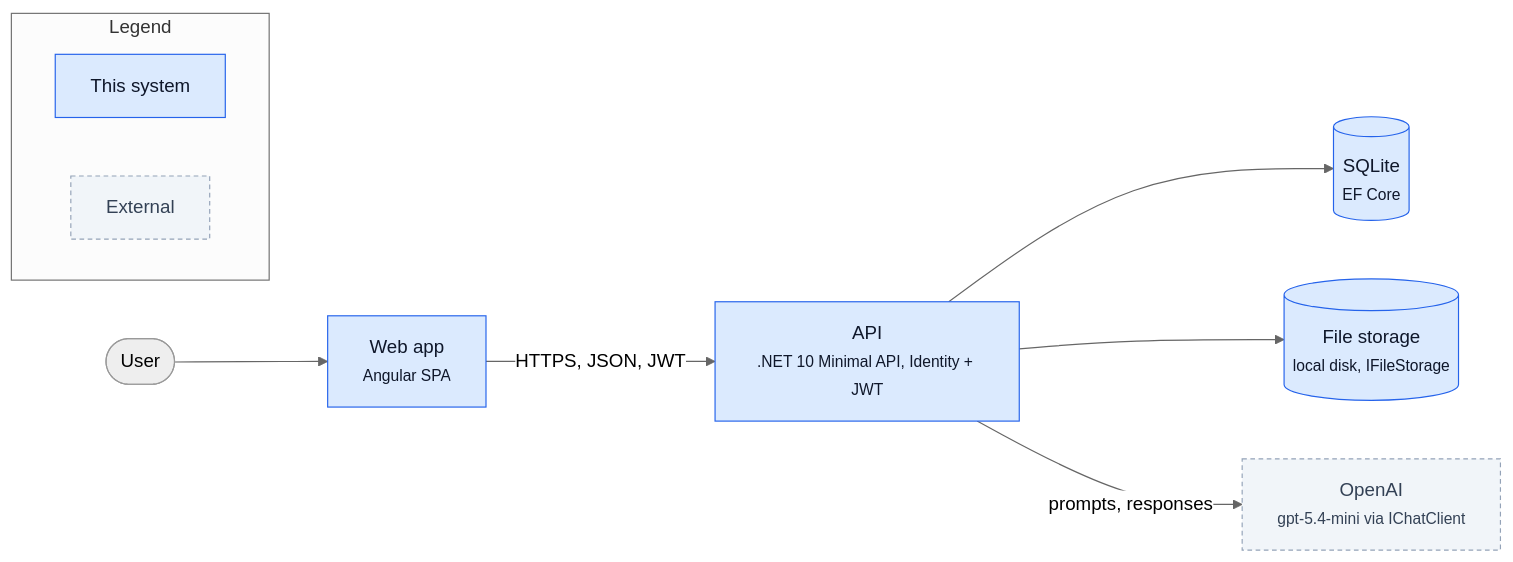
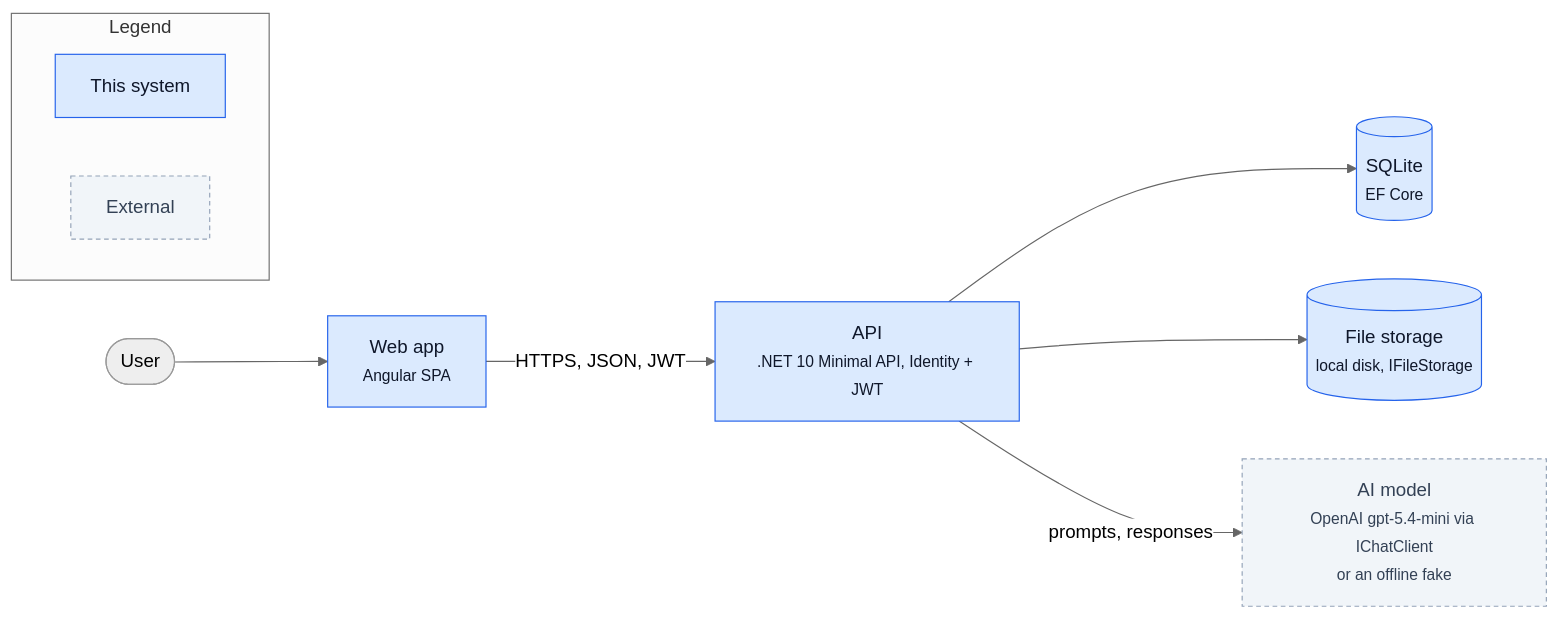
The diagram in docs/diagrams/containers.mmd (sushovan-code/Ai-Sdlc), drawn with Mermaid (neutral theme) before and after one commit. The commit also changed 113 other files, not shown here.

```diff
--- a/docs/diagrams/containers.mmd
+++ b/docs/diagrams/containers.mmd
@@ -1,24 +1,24 @@
 %% Container view. Claude rewrites this from the code via /update-diagrams.
 %% Accent (#2563EB) marks this system's own containers; grey is everything else.
 flowchart LR
   classDef ours fill:#DBEAFE,stroke:#2563EB,color:#0F172A
   classDef ext fill:#F1F5F9,stroke:#94A3B8,color:#334155,stroke-dasharray:4 3
 
   user([User])
   web[Web app<br/><small>Angular SPA</small>]:::ours
   api[API<br/><small>.NET 10 Minimal API, Identity + JWT</small>]:::ours
   db[(SQLite<br/><small>EF Core</small>)]:::ours
   files[(File storage<br/><small>local disk, IFileStorage</small>)]:::ours
-  ai[OpenAI<br/><small>gpt-5.4-mini via IChatClient</small>]:::ext
+  ai[AI model<br/><small>OpenAI gpt-5.4-mini via IChatClient<br/>or an offline fake</small>]:::ext
 
   user --> web
   web -->|HTTPS, JSON, JWT| api
   api --> db
   api --> files
   api -->|prompts, responses| ai
 
   subgraph Legend
     direction LR
     l1[This system]:::ours
     l2[External]:::ext
   end
```
